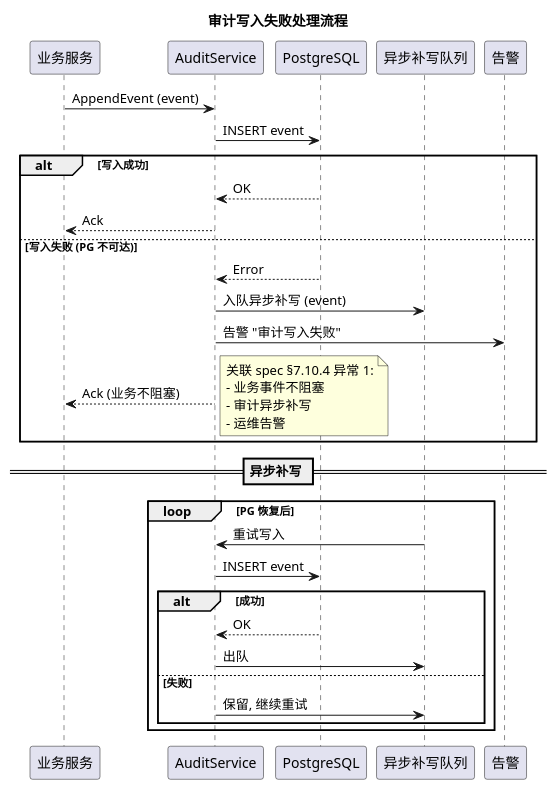
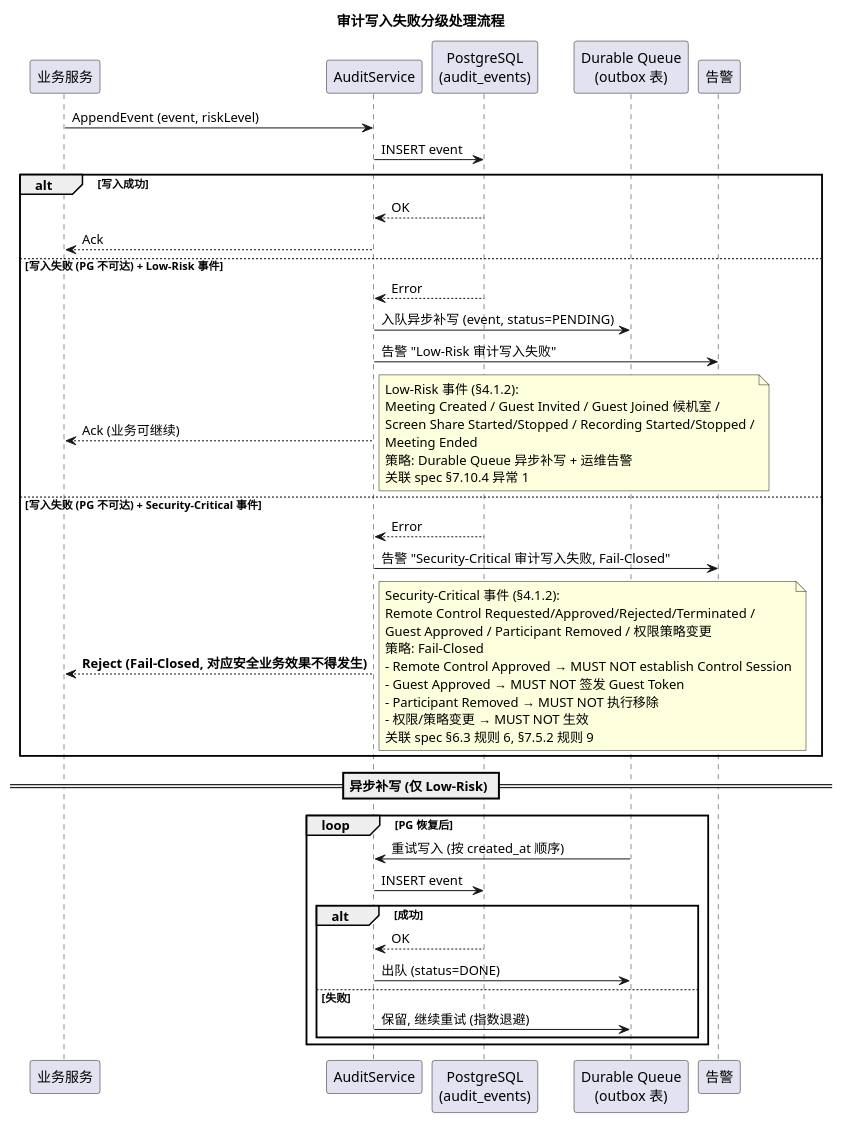
One commit to wujupeng/EMX changed diagram 52 of 60 in .codeartsdoer/specs/emx/design.md. Above: the diagram before and after it, drawn with PlantUML. The commit also changed other lines of this file, not shown here.

````diff
--- a/.codeartsdoer/specs/emx/design.md
+++ b/.codeartsdoer/specs/emx/design.md
@@ -4649,41 +4695,61 @@
 ```plantuml
 @startuml
-title 审计写入失败处理流程
+title 审计写入失败分级处理流程
 
 participant "业务服务" as Biz
 participant "AuditService" as Audit
-participant "PostgreSQL" as PG
-participant "异步补写队列" as Queue
+participant "PostgreSQL\n(audit_events)" as PG
+participant "Durable Queue\n(outbox 表)" as Queue
 participant "告警" as Alert
 
-Biz -> Audit : AppendEvent (event)
+Biz -> Audit : AppendEvent (event, riskLevel)
 Audit -> PG : INSERT event
+
 alt 写入成功
     PG --> Audit : OK
     Audit --> Biz : Ack
-else 写入失败 (PG 不可达)
+
+else 写入失败 (PG 不可达) + Low-Risk 事件
     PG --> Audit : Error
-    Audit -> Queue : 入队异步补写 (event)
-    Audit -> Alert : 告警 "审计写入失败"
-    Audit --> Biz : Ack (业务不阻塞)
+    Audit -> Queue : 入队异步补写 (event, status=PENDING)
+    Audit -> Alert : 告警 "Low-Risk 审计写入失败"
+    Audit --> Biz : Ack (业务可继续)
     note right
-      关联 spec §7.10.4 异常 1:
-      - 业务事件不阻塞
-      - 审计异步补写
-      - 运维告警
+      Low-Risk 事件 (§4.1.2):
+      Meeting Created / Guest Invited / Guest Joined 候机室 /
+      Screen Share Started/Stopped / Recording Started/Stopped /
+      Meeting Ended
+      策略: Durable Queue 异步补写 + 运维告警
+      关联 spec §7.10.4 异常 1
+    end note
+
+else 写入失败 (PG 不可达) + Security-Critical 事件
+    PG --> Audit : Error
+    Audit -> Alert : 告警 "Security-Critical 审计写入失败, Fail-Closed"
+    Audit --> Biz : **Reject (Fail-Closed, 对应安全业务效果不得发生)**
+    note right
+      Security-Critical 事件 (§4.1.2):
+      Remote Control Requested/Approved/Rejected/Terminated /
+      Guest Approved / Participant Removed / 权限策略变更
+      策略: Fail-Closed
+      - Remote Control Approved → MUST NOT establish Control Session
+      - Guest Approved → MUST NOT 签发 Guest Token
+      - Participant Removed → MUST NOT 执行移除
+      - 权限/策略变更 → MUST NOT 生效
+      关联 spec §6.3 规则 6, §7.5.2 规则 9
     end note
 end
 
-== 异步补写 ==
+== 异步补写 (仅 Low-Risk) ==
 loop PG 恢复后
-    Queue -> Audit : 重试写入
+    Queue -> Audit : 重试写入 (按 created_at 顺序)
     Audit -> PG : INSERT event
     alt 成功
         PG --> Audit : OK
-        Audit -> Queue : 出队
+        Audit -> Queue : 出队 (status=DONE)
     else 失败
-        Audit -> Queue : 保留, 继续重试
+        Audit -> Queue : 保留, 继续重试 (指数退避)
     end
 end
 @enduml
 ```
````
